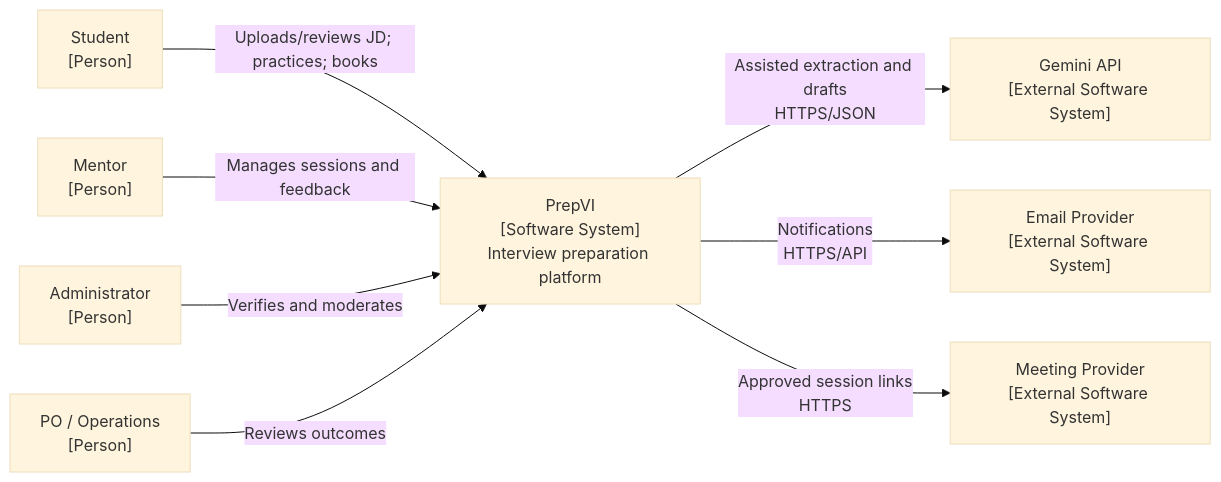
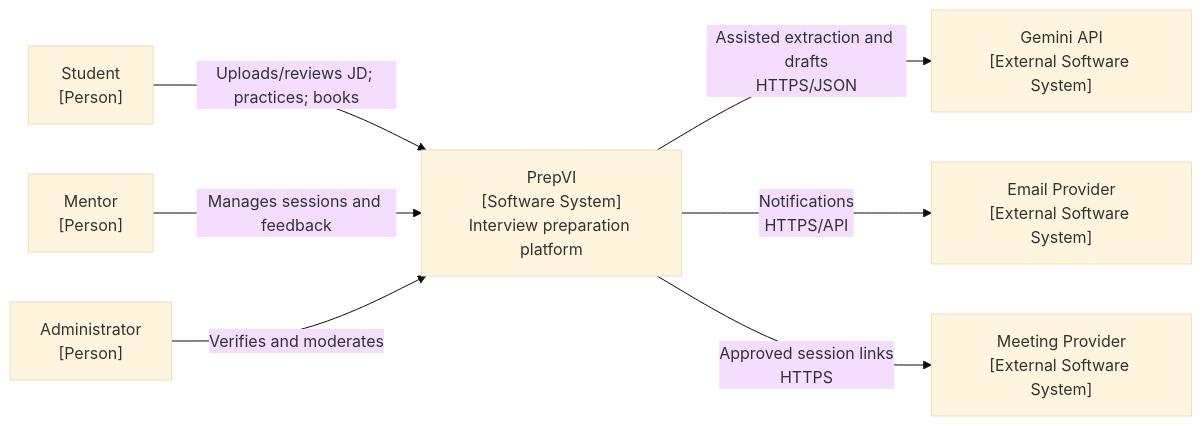
The first of 2 diagrams in docs/Oral_Exam/Q05_software-architecture/Software_Architecture_EN.md (tnnhuaa/InterviewQuestionBank), drawn with Mermaid (base theme) before and after one commit. The commit also changed other lines of this file and 2 other files, not shown here.

Commit message:
docs: refine Q05 C4 external actors

```diff
--- a/docs/Oral_Exam/Q05_software-architecture/Software_Architecture_EN.md
+++ b/docs/Oral_Exam/Q05_software-architecture/Software_Architecture_EN.md
@@ -94,10 +94,9 @@
 ~~~mermaid
 flowchart LR
     Student["Student<br/>[Person]"] -->|"Uploads/reviews JD; practices; books"| PrepVI["PrepVI<br/>[Software System]<br/>Interview preparation platform"]
     Mentor["Mentor<br/>[Person]"] -->|"Manages sessions and feedback"| PrepVI
     Admin["Administrator<br/>[Person]"] -->|"Verifies and moderates"| PrepVI
-    Operations["PO / Operations<br/>[Person]"] -->|"Reviews outcomes"| PrepVI
     PrepVI -->|"Assisted extraction and drafts<br/>HTTPS/JSON"| Gemini["Gemini API<br/>[External Software System]"]
     PrepVI -->|"Notifications<br/>HTTPS/API"| Email["Email Provider<br/>[External Software System]"]
     PrepVI -->|"Approved session links<br/>HTTPS"| Meeting["Meeting Provider<br/>[External Software System]"]
 ~~~
```
